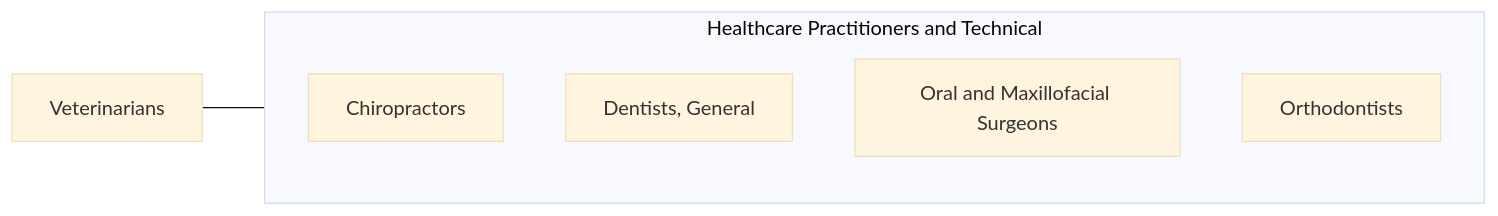
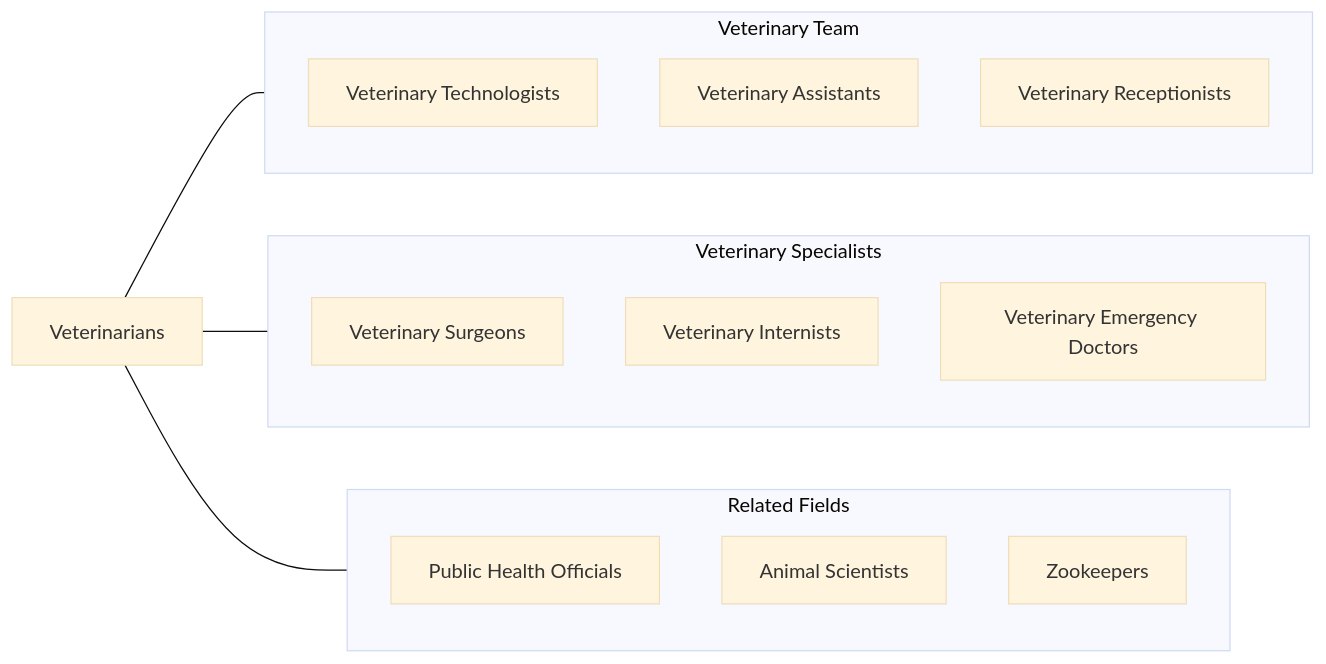
The fourth of 4 diagrams in occupations/HealthcarePractitioners/Veterinarians.mdx (kziemski/business.org.ai), drawn with Mermaid (base theme) before and after one commit. The commit also changed other lines of this file and 938 other files, not shown here.

````diff
--- a/occupations/HealthcarePractitioners/Veterinarians.mdx
+++ b/occupations/HealthcarePractitioners/Veterinarians.mdx
@@ -115,13 +220,26 @@
 ```mermaid
 graph LR
     Current["Veterinarians"]
 
-    subgraph SameCategory["Healthcare Practitioners and Technical"]
-        Chiropractors["Chiropractors"]
-        DentistsGeneral["Dentists, General"]
-        OralAndMaxillofacial["Oral and Maxillofacial Surgeons"]
-        Orthodontists["Orthodontists"]
+    subgraph VetTeam["Veterinary Team"]
+        VetTech["Veterinary Technologists"]
+        VetAssist["Veterinary Assistants"]
+        VetReceptionist["Veterinary Receptionists"]
     end
 
-    Current --- SameCategory
+    subgraph Specialists["Veterinary Specialists"]
+        VetSurgeon["Veterinary Surgeons"]
+        VetInternist["Veterinary Internists"]
+        VetEmergency["Veterinary Emergency Doctors"]
+    end
+
+    subgraph Related["Related Fields"]
+        PublicHealth["Public Health Officials"]
+        AnimalScientists["Animal Scientists"]
+        ZooKeepers["Zookeepers"]
+    end
+
+    Current --- VetTeam
+    Current --- Specialists
+    Current --- Related
 ```
````
